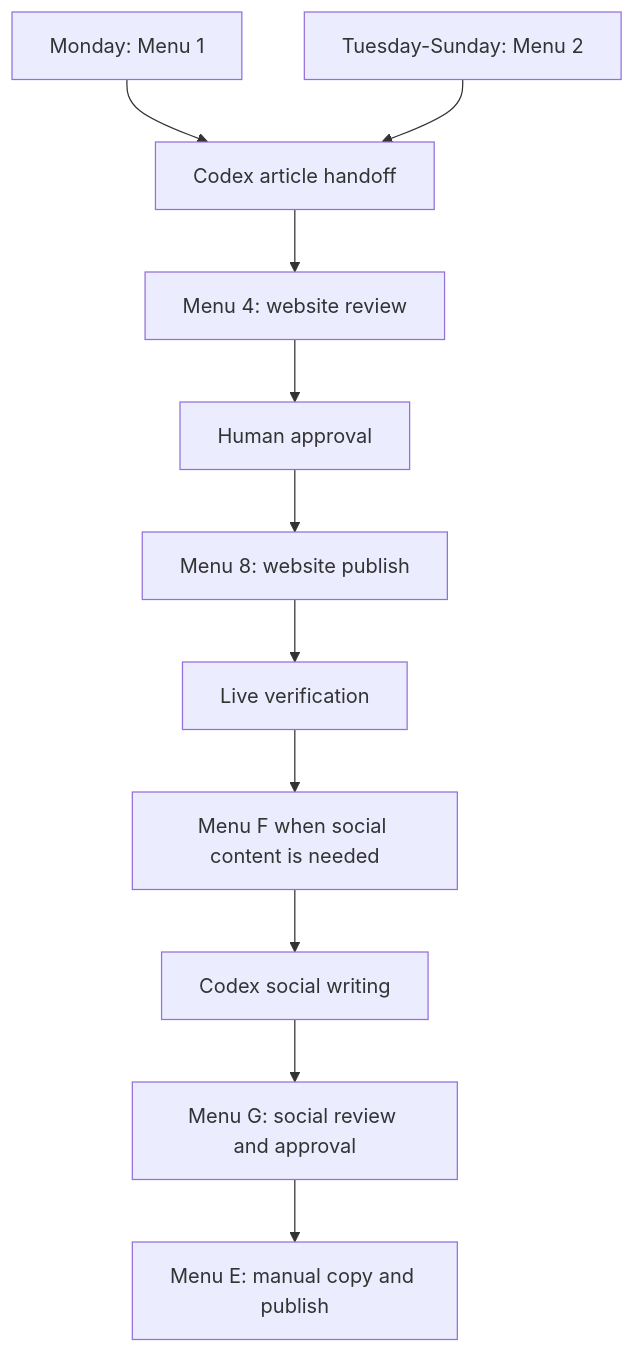
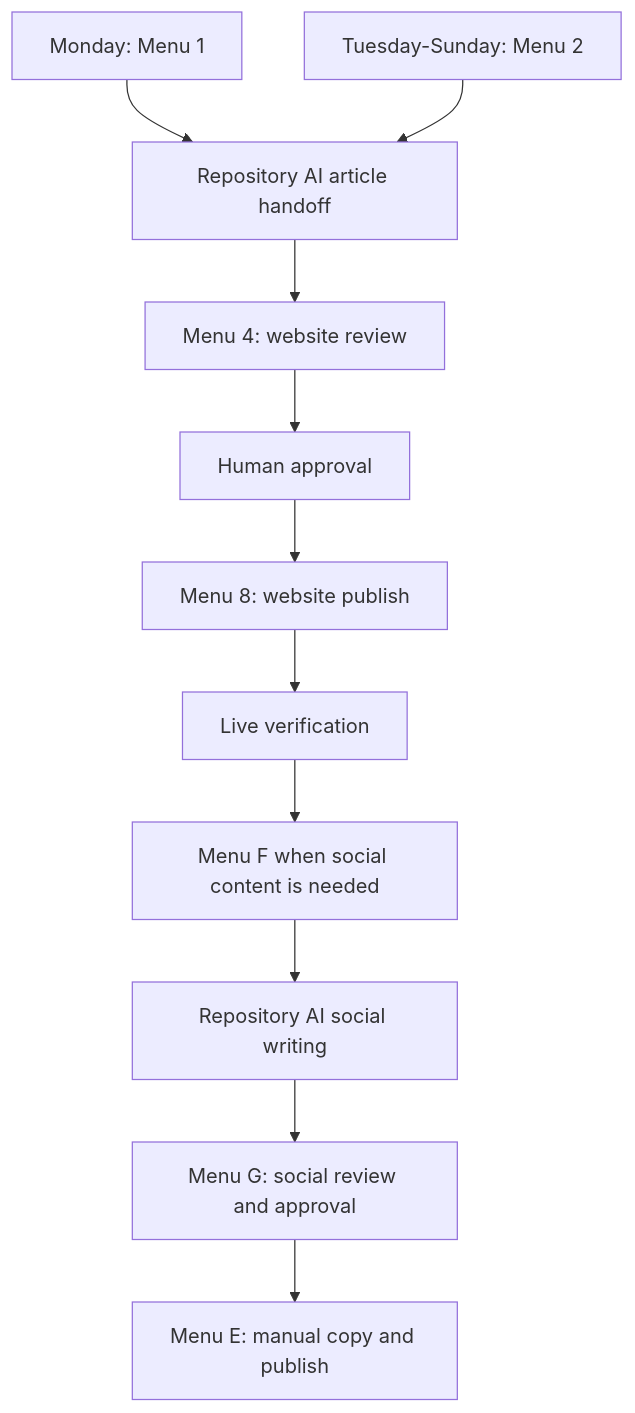
Before and after one commit to tuanpk1977/affiliate-bot: the fifth of 10 diagrams in PROJECT_GUIDE.md, drawn with Mermaid. The commit also changed other lines of this file and 136 other files, not shown here.

````diff
--- a/PROJECT_GUIDE.md
+++ b/PROJECT_GUIDE.md
@@ -210,13 +363,13 @@
 ```mermaid
 flowchart TD
-    M1[Monday: Menu 1] --> CH1[Codex article handoff]
+    M1[Monday: Menu 1] --> CH1[Repository AI article handoff]
     M2[Tuesday-Sunday: Menu 2] --> CH1
     CH1 --> R4[Menu 4: website review]
     R4 --> HA[Human approval]
     HA --> P8[Menu 8: website publish]
     P8 --> LV[Live verification]
     LV --> MF[Menu F when social content is needed]
-    MF --> CH2[Codex social writing]
+    MF --> CH2[Repository AI social writing]
     CH2 --> RG[Menu G: social review and approval]
     RG --> ME[Menu E: manual copy and publish]
 ```
````
